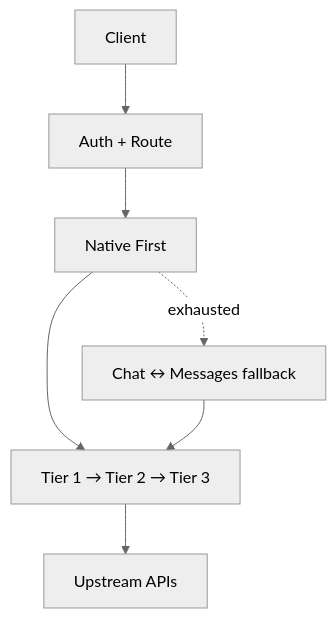
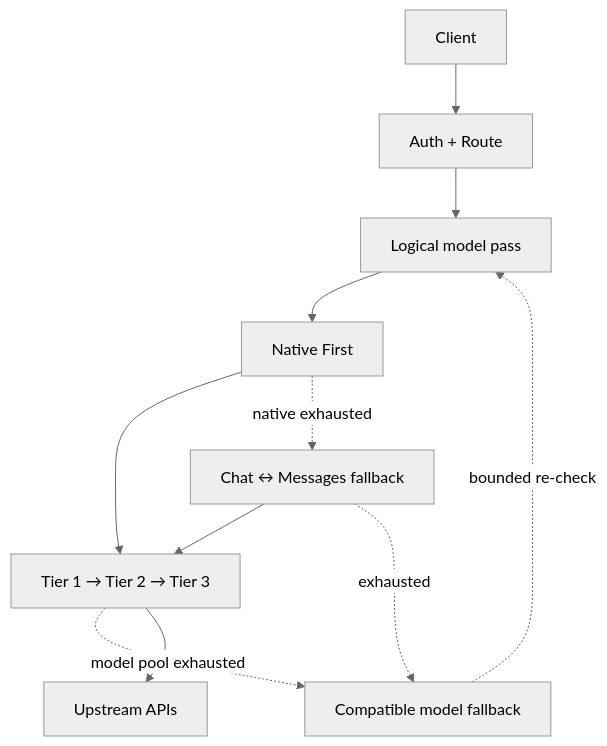
One commit to fongap/ai-gateway changed the diagram in README.md. Above: the diagram before and after it, drawn with Mermaid (neutral theme). The commit also changed other lines of this file, not shown here.

Commit message:
docs: document bounded model-family fallback

````diff
--- a/README.md
+++ b/README.md
@@ -46,11 +47,16 @@
 ```mermaid
 flowchart TB
     A[Client] --> B[Auth + Route]
-    B --> C[Native First]
+    B --> C[Logical model pass]
+    C --> D[Native First]
 
-    C --> D["Tier 1 → Tier 2 → Tier 3"]
-    C -. exhausted .-> F["Chat ↔ Messages fallback"]
-    F --> D
+    D --> E["Tier 1 → Tier 2 → Tier 3"]
+    D -. native exhausted .-> F["Chat ↔ Messages fallback"]
+    F --> E
 
-    D --> E[Upstream APIs]
+    E -. model pool exhausted .-> G[Compatible model fallback]
+    F -. exhausted .-> G
+    G -. bounded re-check .-> C
+
+    E --> H[Upstream APIs]
 ```
````
